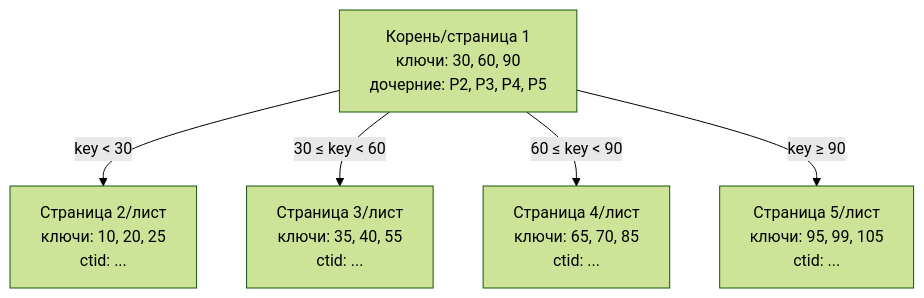
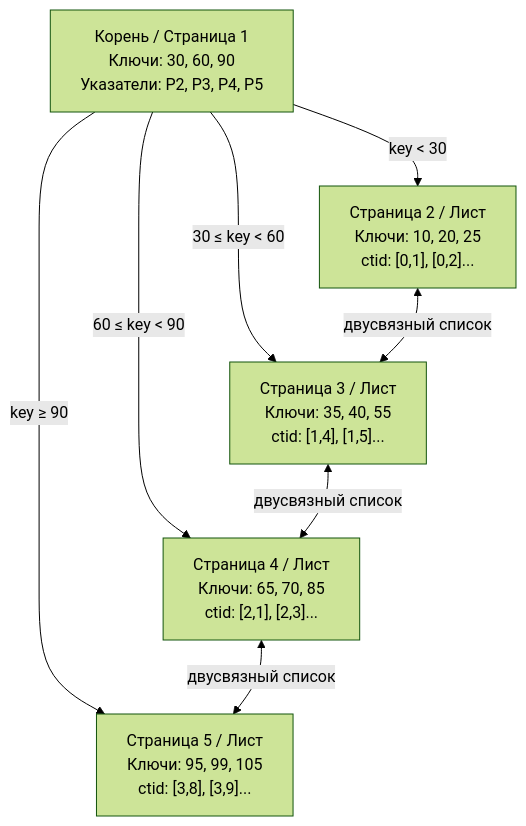
Before and after one commit to UnrealTemplier/go-textbook: the diagram in sources/12. Базы данных/04. Индексы и производительность/2. B Tree индекс под капотом.md, drawn with Mermaid (forest theme). The commit also changed other lines of this file, not shown here.

````diff
--- a/sources/12. Базы данных/04. Индексы и производительность/2. B Tree индекс под капотом.md
+++ b/sources/12. Базы данных/04. Индексы и производительность/2. B Tree индекс под капотом.md
@@ -34,12 +60,17 @@
 ```mermaid
 flowchart TD
-    Root["Корень/страница 1<br>ключи: 30, 60, 90<br>дочерние: P2, P3, P4, P5"]
-    L1["Страница 2/лист<br>ключи: 10, 20, 25<br>ctid: ..."]
-    L2["Страница 3/лист<br>ключи: 35, 40, 55<br>ctid: ..."]
-    L3["Страница 4/лист<br>ключи: 65, 70, 85<br>ctid: ..."]
-    L4["Страница 5/лист<br>ключи: 95, 99, 105<br>ctid: ..."]
+    Root["Корень / Страница 1<br>Ключи: 30, 60, 90<br>Указатели: P2, P3, P4, P5"]
+    L1["Страница 2 / Лист<br>Ключи: 10, 20, 25<br>ctid: [0,1], [0,2]..."]
+    L2["Страница 3 / Лист<br>Ключи: 35, 40, 55<br>ctid: [1,4], [1,5]..."]
+    L3["Страница 4 / Лист<br>Ключи: 65, 70, 85<br>ctid: [2,1], [2,3]..."]
+    L4["Страница 5 / Лист<br>Ключи: 95, 99, 105<br>ctid: [3,8], [3,9]..."]
+    
     Root -->|"key < 30"| L1
     Root -->|"30 ≤ key < 60"| L2
     Root -->|"60 ≤ key < 90"| L3
     Root -->|"key ≥ 90"| L4
+    
+    L1 <-->|"двусвязный список"| L2
+    L2 <-->|"двусвязный список"| L3
+    L3 <-->|"двусвязный список"| L4
 ```
````
